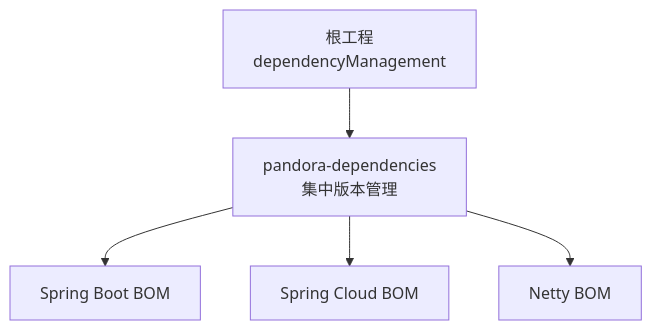
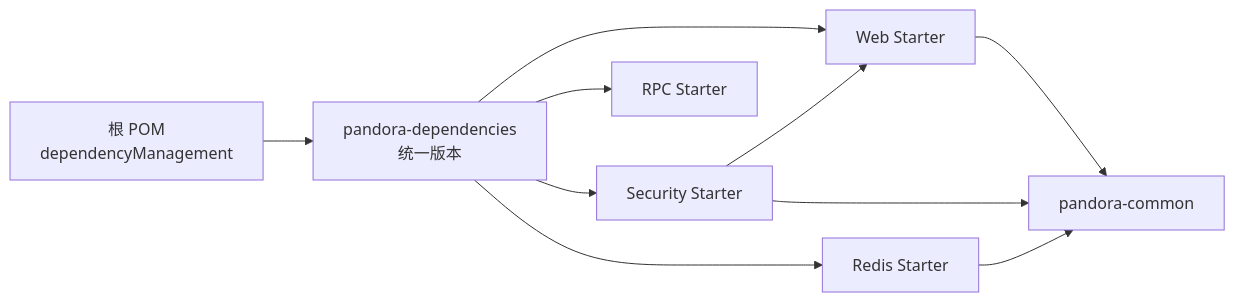
Before and after one commit to guanglei93/pandora-cloud: the sixth of 6 diagrams in .qoder/repowiki/zh/content/快速开始.md, drawn with Mermaid. The commit also changed other lines of this file and 110 other files, not shown here.

Commit message:
docs: 重构 qoder 文档目录，新增安全认证、Redis 缓存、RPC 通信、Web 增强等模块文档

````diff
--- a/.qoder/repowiki/zh/content/快速开始.md
+++ b/.qoder/repowiki/zh/content/快速开始.md
@@ -236,7 +234,12 @@
 ```mermaid
-graph TB
-Root["根工程<br/>dependencyManagement"] --> BOM["pandora-dependencies<br/>集中版本管理"]
-BOM --> SB["Spring Boot BOM"]
-BOM --> SC["Spring Cloud BOM"]
-BOM --> N["Netty BOM"]
+graph LR
+RootPom["根 POM<br/>dependencyManagement"] --> DepsPom["pandora-dependencies<br/>统一版本"]
+DepsPom --> WebStarter["Web Starter"]
+DepsPom --> SecStarter["Security Starter"]
+DepsPom --> RedisStarter["Redis Starter"]
+DepsPom --> RPCStarter["RPC Starter"]
+WebStarter --> Common["pandora-common"]
+SecStarter --> Common
+SecStarter --> WebStarter
+RedisStarter --> Common
 ```
````
